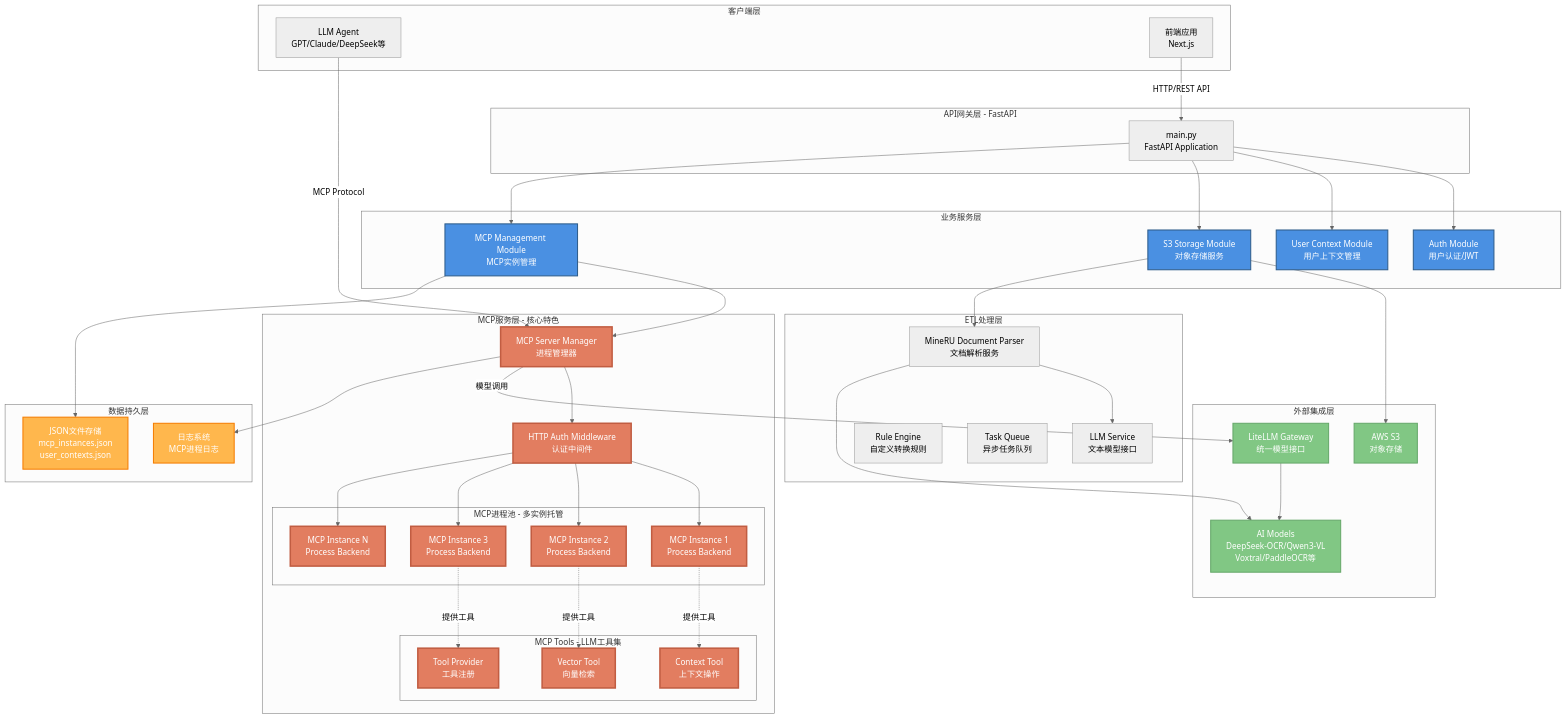
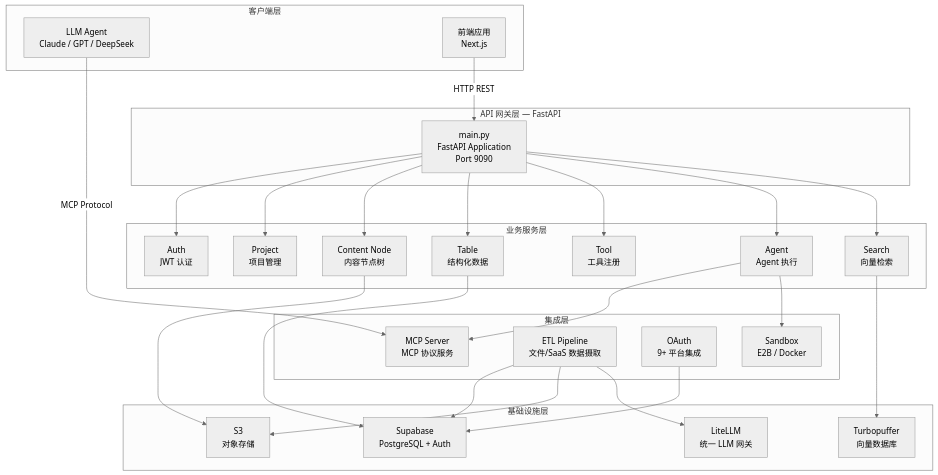
Before and after one commit to puppyone-ai/puppyone: the diagram in backend/README.md, drawn with Mermaid (neutral theme). The commit also changed other lines of this file and 2 other files, not shown here.

Commit message:
docs: update backend readme and agents.md file

````diff
--- a/backend/README.md
+++ b/backend/README.md
@@ -3,96 +20,45 @@
 ```mermaid
 graph TB
     subgraph "客户端层"
-        A1[LLM Agent<br/>GPT/Claude/DeepSeek等]
+        A1[LLM Agent<br/>Claude / GPT / DeepSeek]
         A2[前端应用<br/>Next.js]
     end
 
-    subgraph "API网关层 - FastAPI"
-        B[main.py<br/>FastAPI Application]
+    subgraph "API 网关层 — FastAPI"
+        B[main.py<br/>FastAPI Application<br/>Port 9090]
     end
 
     subgraph "业务服务层"
-        C1[Auth Module<br/>用户认证/JWT]
-        C2[User Context Module<br/>用户上下文管理]
-        C3[S3 Storage Module<br/>对象存储服务]
-        C4[MCP Management Module<br/>MCP实例管理]
+        C1[Auth<br/>JWT 认证]
+        C2[Project<br/>项目管理]
+        C3[Content Node<br/>内容节点树]
+        C4[Table<br/>结构化数据]
+        C5[Tool<br/>工具注册]
+        C6[Agent<br/>Agent 执行]
+        C7[Search<br/>向量检索]
     end
 
-    subgraph "MCP服务层 - 核心特色"
-        D1[MCP Server Manager<br/>进程管理器]
-        D2[HTTP Auth Middleware<br/>认证中间件]
-        
-        subgraph "MCP进程池 - 多实例托管"
-            E1[MCP Instance 1<br/>Process Backend]
-            E2[MCP Instance 2<br/>Process Backend]
-            E3[MCP Instance 3<br/>Process Backend]
-            E4[MCP Instance N<br/>Process Backend]
-        end
-        
-        subgraph "MCP Tools - LLM工具集"
-            F1[Context Tool<br/>上下文操作]
-            F2[Vector Tool<br/>向量检索]
-            F3[Tool Provider<br/>工具注册]
-        end
+    subgraph "集成层"
+        D1[MCP Server<br/>MCP 协议服务]
+        D2[ETL Pipeline<br/>文件/SaaS 数据摄取]
+        D3[OAuth<br/>9+ 平台集成]
+        D4[Sandbox<br/>E2B / Docker]
     end
 
-    subgraph "ETL处理层"
-        G1[MineRU Document Parser<br/>文档解析服务]
-        G2[LLM Service<br/>文本模型接口]
-        G3[Rule Engine<br/>自定义转换规则]
-        G4[Task Queue<br/>异步任务队列]
+    subgraph "基础设施层"
+        E1[Supabase<br/>PostgreSQL + Auth]
+        E2[S3<br/>对象存储]
+        E3[Turbopuffer<br/>向量数据库]
+        E4[LiteLLM<br/>统一 LLM 网关]
     end
 
-    subgraph "外部集成层"
-        H1[AWS S3<br/>对象存储]
-        H2[LiteLLM Gateway<br/>统一模型接口]
-        H3[AI Models<br/>DeepSeek-OCR/Qwen3-VL<br/>Voxtral/PaddleOCR等]
-    end
-
-    subgraph "数据持久层"
-        I1[JSON文件存储<br/>mcp_instances.json<br/>user_contexts.json]
-        I2[日志系统<br/>MCP进程日志]
-    end
-
-    %% 连接关系
     A1 -->|MCP Protocol| D1
-    A2 -->|HTTP/REST API| B
-    
-    B --> C1
-    B --> C2
-    B --> C3
-    B --> C4
-    
-    C4 --> D1
-    D1 --> D2
-    D2 --> E1
-    D2 --> E2
-    D2 --> E3
-    D2 --> E4
-    
-    E1 -.->|提供工具| F1
-    E2 -.->|提供工具| F2
-    E3 -.->|提供工具| F3
-    
-    C3 --> H1
-    D1 -->|模型调用| H2
-    H2 --> H3
-    
-    C4 --> I1
-    D1 --> I2
-    
-    C3 --> G1
-    G1 --> G2
-    G1 --> H3
-
-    %% 样式定义
-    classDef coreModule fill:#4A90E2,stroke:#2E5C8A,stroke-width:2px,color:#fff
-    classDef mcpModule fill:#E27D60,stroke:#C15D42,stroke-width:3px,color:#fff
-    classDef externalModule fill:#81C784,stroke:#66A86A,stroke-width:2px,color:#fff
-    classDef dataModule fill:#FFB74D,stroke:#F57C00,stroke-width:2px,color:#fff
-    
-    class C1,C2,C3,C4 coreModule
-    class D1,D2,E1,E2,E3,E4,F1,F2,F3 mcpModule
-    class H1,H2,H3 externalModule
-    class I1,I2 dataModule
+    A2 -->|HTTP REST| B
+    B --> C1 & C2 & C3 & C4 & C5 & C6 & C7
+    C6 --> D1 & D4
+    C7 --> E3
+    D2 --> E1 & E2 & E4
+    D3 --> E1
+    C3 --> E2
+    C4 --> E1
 ```
````
